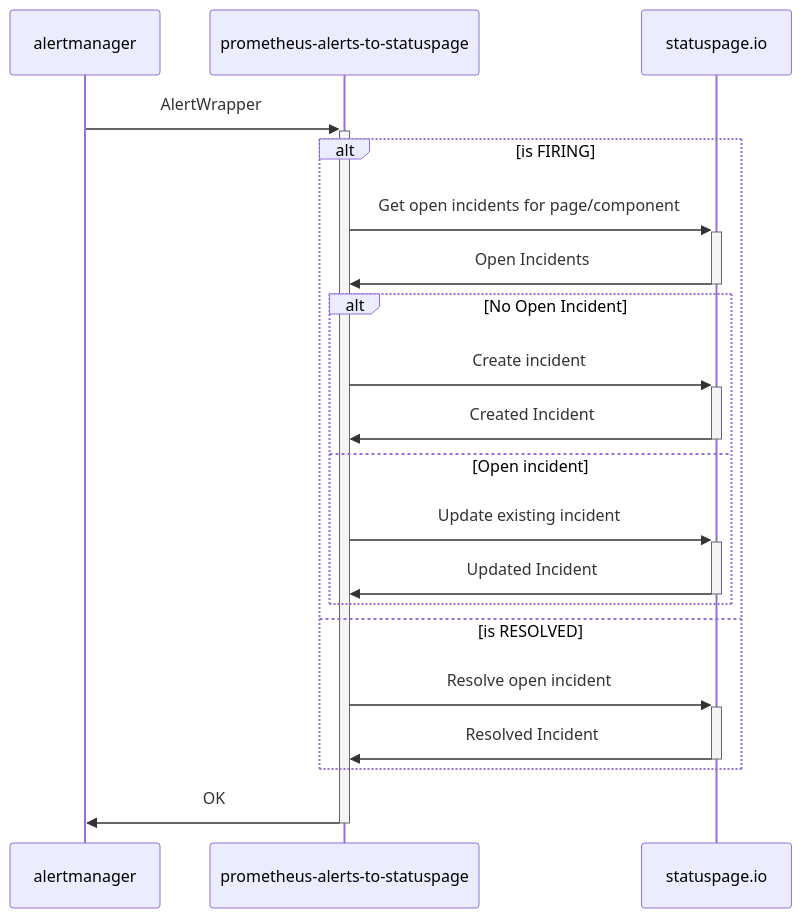
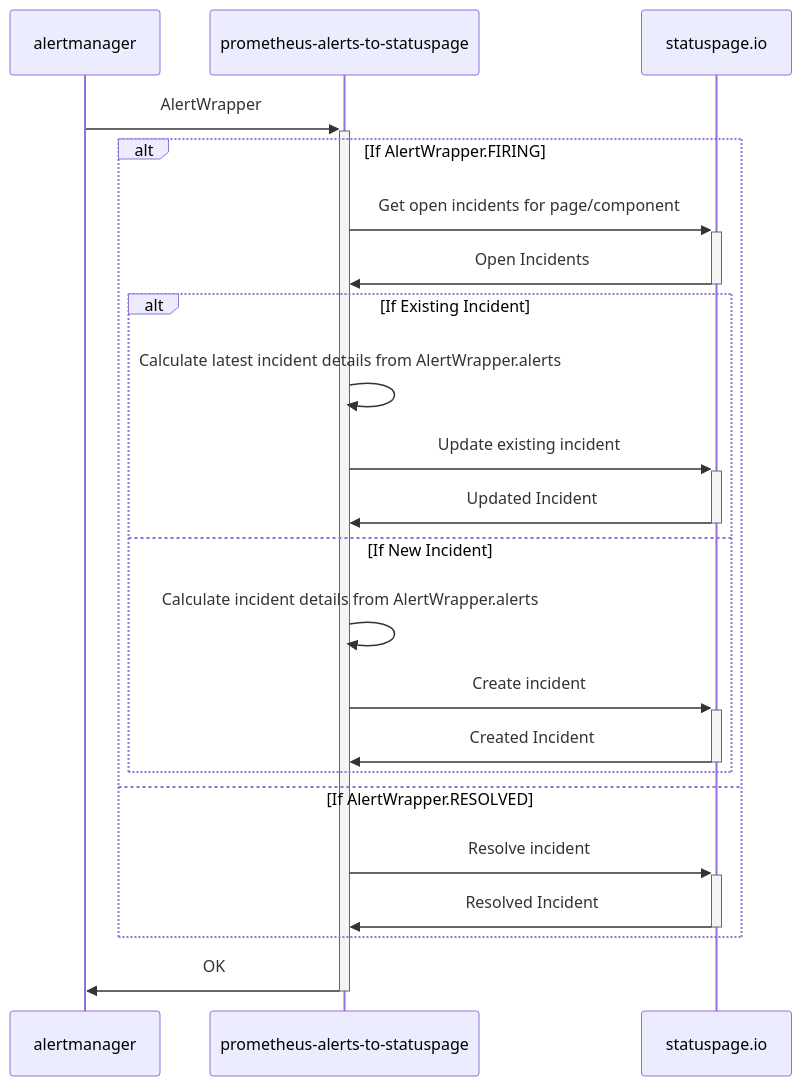
Before and after one commit to nathandeamer/prometheus-alerts-to-statuspage: the diagram in README.md, drawn with Mermaid. The commit also changed other lines of this file, not shown here.

Commit message:
Updated mermaid sequence diagram

````diff
--- a/README.md
+++ b/README.md
@@ -107,29 +107,31 @@
 ```mermaid
 sequenceDiagram
 
     participant alertmanager
     participant prometheus-alerts-to-statuspage
     participant statuspage.io
 
     alertmanager ->>+ prometheus-alerts-to-statuspage: AlertWrapper
 
-    alt is FIRING
+    alt If AlertWrapper.FIRING
         prometheus-alerts-to-statuspage ->>+ statuspage.io: Get open incidents for page/component
         statuspage.io ->>- prometheus-alerts-to-statuspage: Open Incidents
         
-        alt No Open Incident
-            prometheus-alerts-to-statuspage ->>+ statuspage.io: Create incident
-            statuspage.io ->>- prometheus-alerts-to-statuspage: Created Incident
-        else Open incident
+        alt If Existing Incident
+            prometheus-alerts-to-statuspage ->> prometheus-alerts-to-statuspage: Calculate latest incident details from AlertWrapper.alerts
             prometheus-alerts-to-statuspage ->>+ statuspage.io: Update existing incident
             statuspage.io ->>- prometheus-alerts-to-statuspage: Updated Incident
+        else If New  Incident
+             prometheus-alerts-to-statuspage ->> prometheus-alerts-to-statuspage: Calculate incident details from AlertWrapper.alerts
+             prometheus-alerts-to-statuspage ->>+ statuspage.io: Create incident
+             statuspage.io ->>- prometheus-alerts-to-statuspage: Created Incident
         end
 
-    else is RESOLVED
-        prometheus-alerts-to-statuspage ->>+ statuspage.io: Resolve open incident
+    else If AlertWrapper.RESOLVED
+        prometheus-alerts-to-statuspage ->>+ statuspage.io: Resolve incident
         statuspage.io ->>- prometheus-alerts-to-statuspage: Resolved Incident
     end
     
     prometheus-alerts-to-statuspage ->>- alertmanager: OK
 
 ```
````
